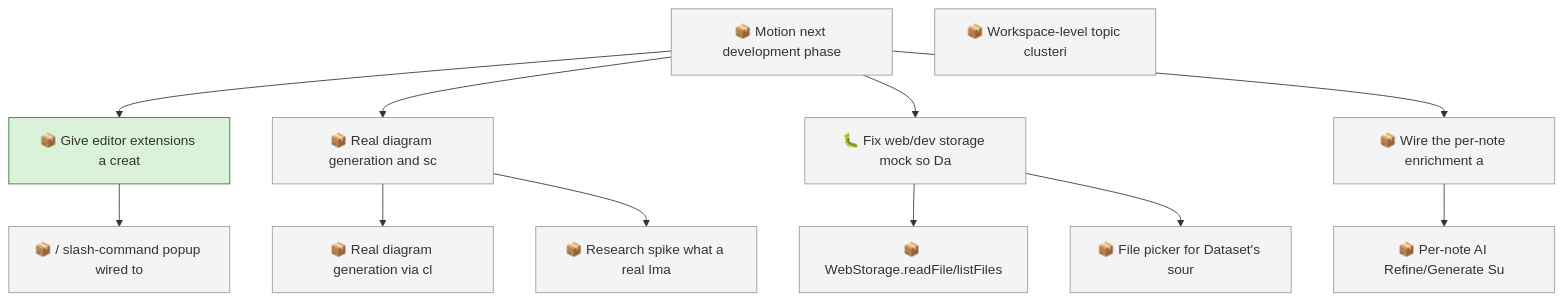
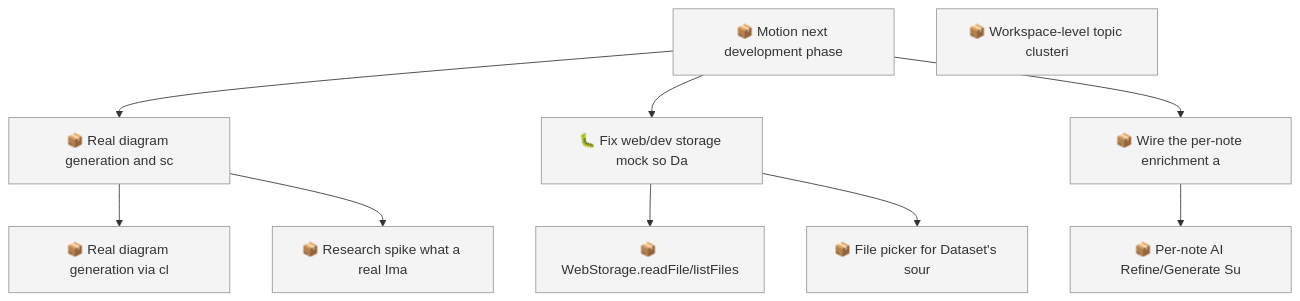
One commit to SpillwaveSolutions/motion changed the first of 2 diagrams in docs/roadmap.md. Above: the diagram before and after it, drawn with Mermaid. The commit also changed other lines of this file and 12 other files, not shown here.

````diff
--- a/docs/roadmap.md
+++ b/docs/roadmap.md
@@ -52,29 +46,23 @@
 ```mermaid
 graph TD
-    01KYFZ6RBHA5DRP85QQ0EHTAJ6["📦 Give editor extensions a creat"]
     01KYFZ6RBHABFSC9K9NJ90168Q["📦 Motion next development phase"]
-    01KYFZ6RBHBTXGWG8HREAG8AG9["📦 / slash-command popup wired to"]
     01KYFZ6RBJ18SB2ZCSFK06BNJ2["📦 WebStorage.readFile/listFiles"]
     01KYFZ6RBJ5718M3GQPAB76RHS["📦 Real diagram generation and sc"]
     01KYFZ6RBJC07FEQ0FT0KQ302M["🐛 Fix web/dev storage mock so Da"]
     01KYFZ6RBJCWMMF7THJZFB6943["📦 Real diagram generation via cl"]
     01KYFZ6RBJEYPZ9RX0F86490TM["📦 Research spike what a real Ima"]
     01KYFZ6RBJT7FG0G30WYS3YF6Q["📦 File picker for Dataset's sour"]
     01KYFZ6RBJV920SFW0MAN9MX9J["📦 Wire the per-note enrichment a"]
     01KYFZ6RBJZNYDT9AK2V0RA11T["📦 Per-note AI Refine/Generate Su"]
     01KYFZ8RGR06XBSG9CH4TEWYJY["📦 Workspace-level topic clusteri"]
-    01KYFZ6RBHABFSC9K9NJ90168Q --> 01KYFZ6RBHA5DRP85QQ0EHTAJ6
-    01KYFZ6RBHA5DRP85QQ0EHTAJ6 --> 01KYFZ6RBHBTXGWG8HREAG8AG9
     01KYFZ6RBJC07FEQ0FT0KQ302M --> 01KYFZ6RBJ18SB2ZCSFK06BNJ2
     01KYFZ6RBHABFSC9K9NJ90168Q --> 01KYFZ6RBJ5718M3GQPAB76RHS
     01KYFZ6RBHABFSC9K9NJ90168Q --> 01KYFZ6RBJC07FEQ0FT0KQ302M
     01KYFZ6RBJ5718M3GQPAB76RHS --> 01KYFZ6RBJCWMMF7THJZFB6943
     01KYFZ6RBJ5718M3GQPAB76RHS --> 01KYFZ6RBJEYPZ9RX0F86490TM
     01KYFZ6RBJC07FEQ0FT0KQ302M --> 01KYFZ6RBJT7FG0G30WYS3YF6Q
     01KYFZ6RBHABFSC9K9NJ90168Q --> 01KYFZ6RBJV920SFW0MAN9MX9J
     01KYFZ6RBJV920SFW0MAN9MX9J --> 01KYFZ6RBJZNYDT9AK2V0RA11T
     classDef todo fill:#f4f4f4,stroke:#999999
-    class 01KYFZ6RBHABFSC9K9NJ90168Q,01KYFZ6RBHBTXGWG8HREAG8AG9,01KYFZ6RBJ18SB2ZCSFK06BNJ2,01KYFZ6RBJ5718M3GQPAB76RHS,01KYFZ6RBJC07FEQ0FT0KQ302M,01KYFZ6RBJCWMMF7THJZFB6943,01KYFZ6RBJEYPZ9RX0F86490TM,01KYFZ6RBJT7FG0G30WYS3YF6Q,01KYFZ6RBJV920SFW0MAN9MX9J,01KYFZ6RBJZNYDT9AK2V0RA11T,01KYFZ8RGR06XBSG9CH4TEWYJY todo
-    classDef in_progress fill:#d9f2d9,stroke:#2e7d32
-    class 01KYFZ6RBHA5DRP85QQ0EHTAJ6 in_progress
+    class 01KYFZ6RBHABFSC9K9NJ90168Q,01KYFZ6RBJ18SB2ZCSFK06BNJ2,01KYFZ6RBJ5718M3GQPAB76RHS,01KYFZ6RBJC07FEQ0FT0KQ302M,01KYFZ6RBJCWMMF7THJZFB6943,01KYFZ6RBJEYPZ9RX0F86490TM,01KYFZ6RBJT7FG0G30WYS3YF6Q,01KYFZ6RBJV920SFW0MAN9MX9J,01KYFZ6RBJZNYDT9AK2V0RA11T,01KYFZ8RGR06XBSG9CH4TEWYJY todo
 ```
````
